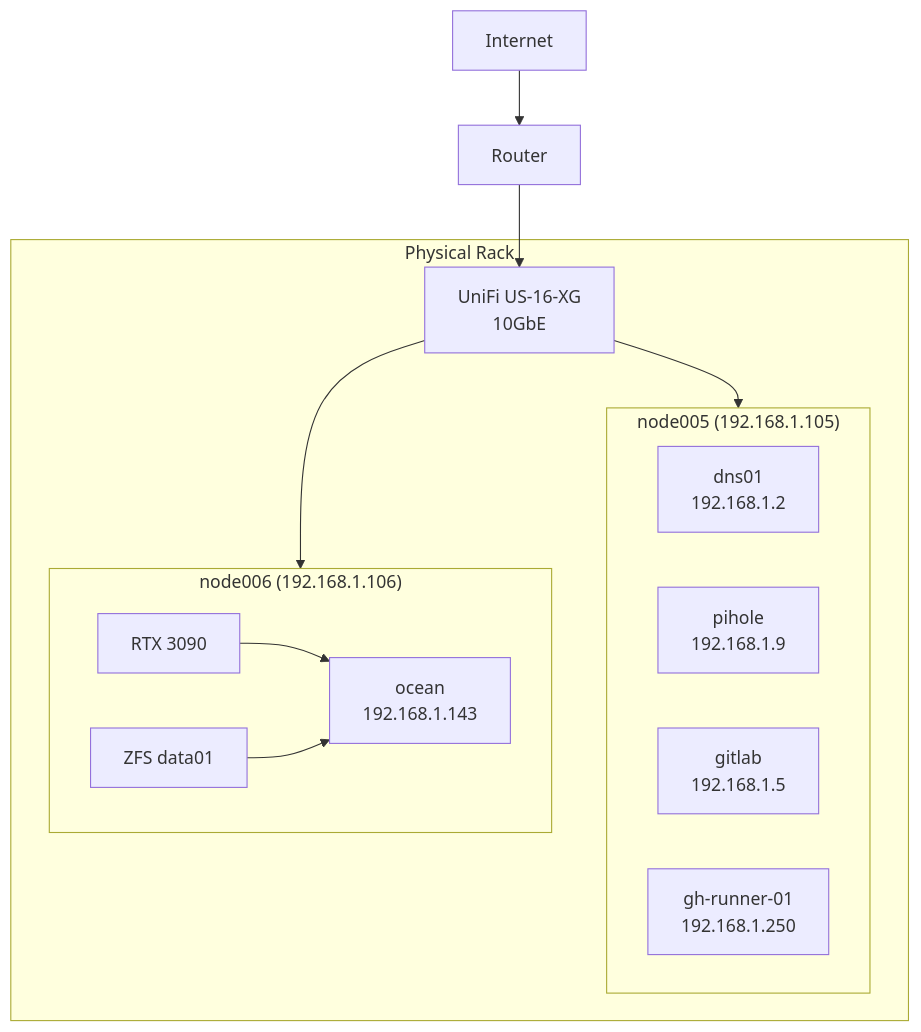
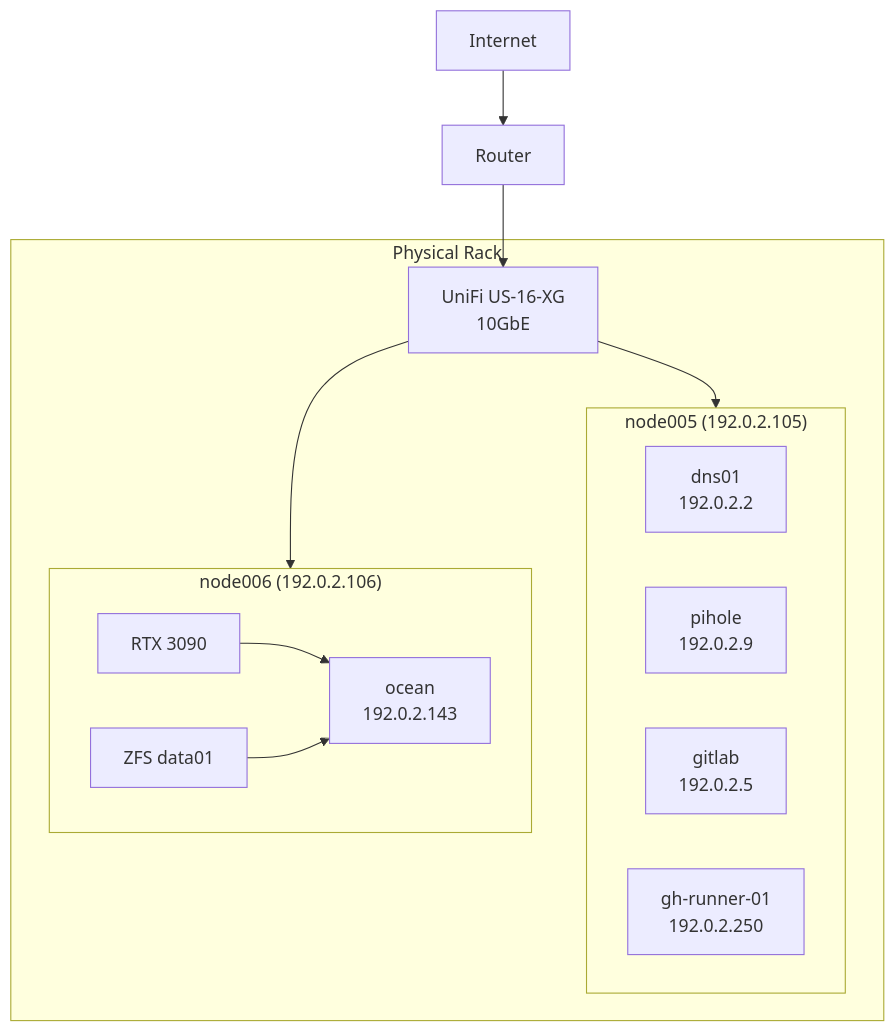
One commit to bluefishforsale/homelab changed the diagram in docs/architecture/physical-architecture.md. Above: the diagram before and after it, drawn with Mermaid. The commit also changed other lines of this file and 36 other files, not shown here.

````diff
--- a/docs/architecture/physical-architecture.md
+++ b/docs/architecture/physical-architecture.md
@@ -77,27 +77,27 @@
 ```mermaid
 graph TB
     subgraph rack["Physical Rack"]
         Switch[UniFi US-16-XG<br/>10GbE]
         
-        subgraph node005["node005 (192.168.1.105)"]
-            DNS[dns01<br/>192.168.1.2]
-            PiHole[pihole<br/>192.168.1.9]
-            GitLab[gitlab<br/>192.168.1.5]
-            Runner[gh-runner-01<br/>192.168.1.250]
+        subgraph node005["node005 (192.0.2.105)"]
+            DNS[dns01<br/>192.0.2.2]
+            PiHole[pihole<br/>192.0.2.9]
+            GitLab[gitlab<br/>192.0.2.5]
+            Runner[gh-runner-01<br/>192.0.2.250]
         end
         
-        subgraph node006["node006 (192.168.1.106)"]
-            Ocean[ocean<br/>192.168.1.143]
+        subgraph node006["node006 (192.0.2.106)"]
+            Ocean[ocean<br/>192.0.2.143]
             GPU[RTX 3090]
             ZFS[ZFS data01]
         end
     end
     
     Internet --> Router
     Router --> Switch
     Switch --> node005
     Switch --> node006
     
     GPU --> Ocean
     ZFS --> Ocean
 ```
````
